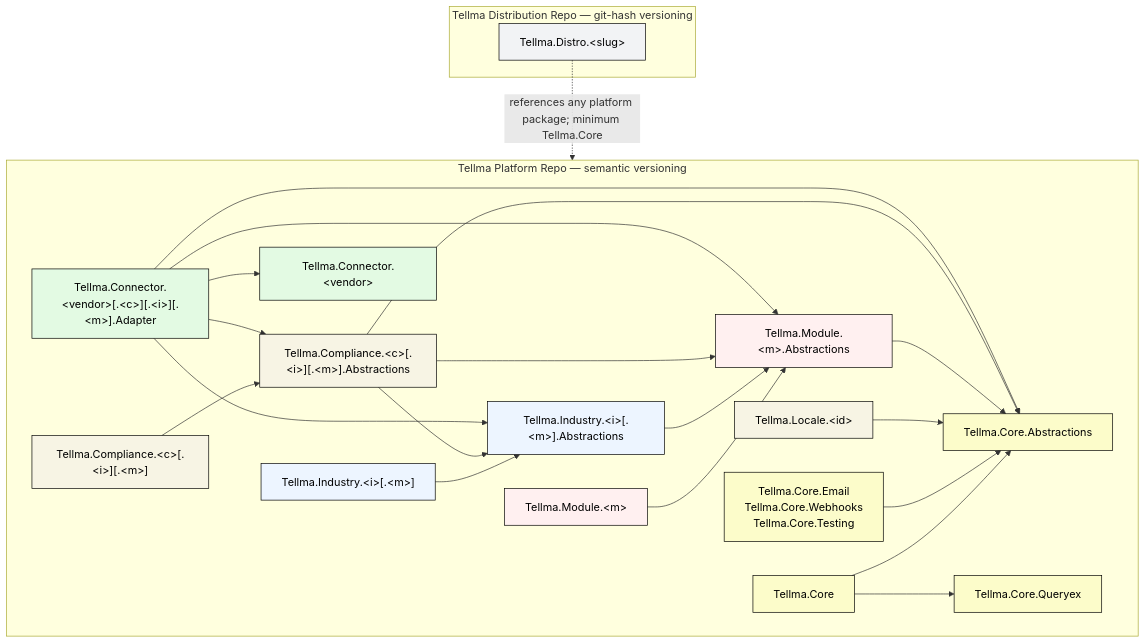
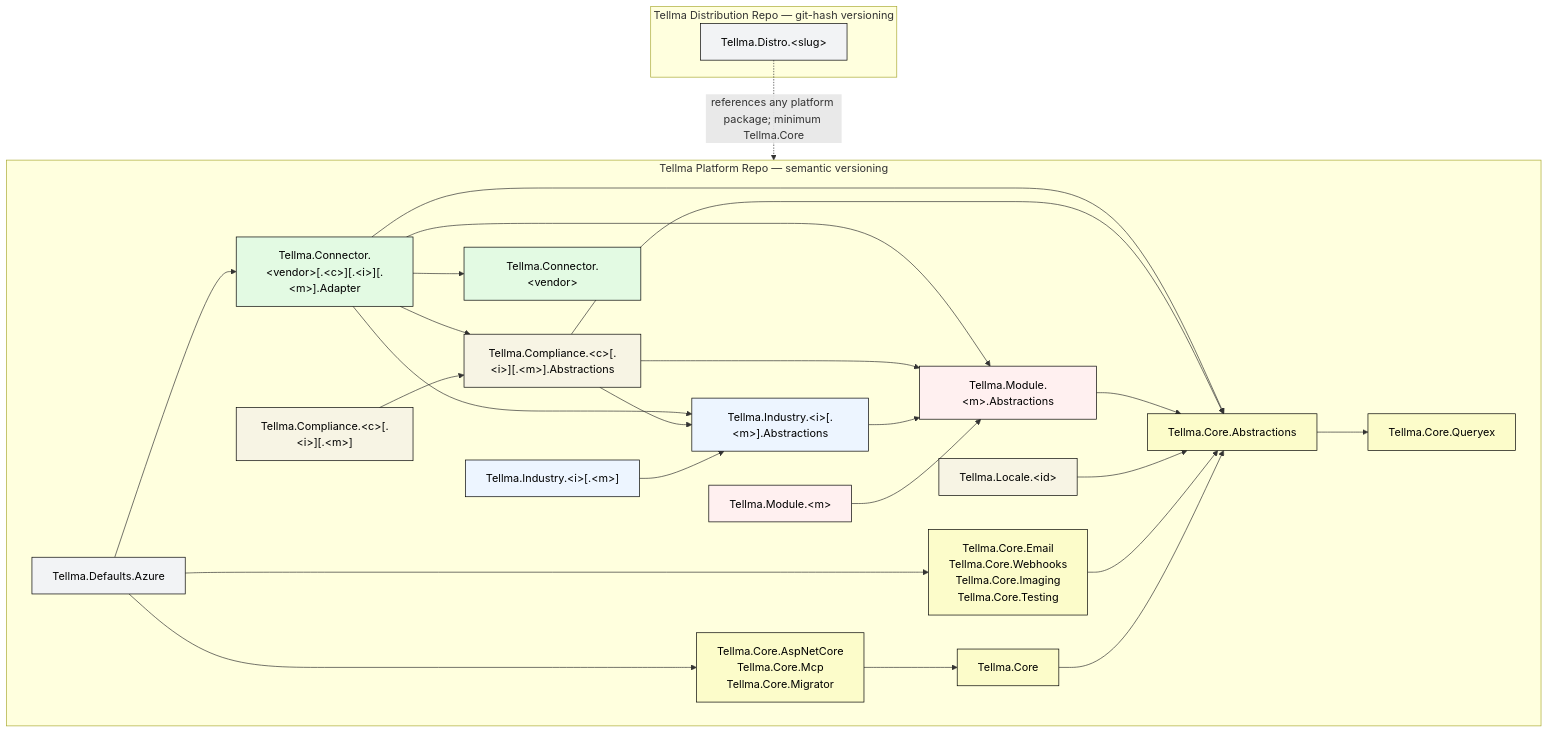
One commit to tellma-ltd/tellma-platform changed the second of 5 diagrams in ARCHITECTURE.md. Above: the diagram before and after it, drawn with Mermaid. The commit also changed other lines of this file and 12 other files, not shown here.

````diff
--- a/ARCHITECTURE.md
+++ b/ARCHITECTURE.md
@@ -331,50 +357,56 @@
 ```mermaid
 flowchart TB
     classDef core fill:#fcfcca,stroke:#000,color:#000
     classDef module fill:#fff0f0,stroke:#000,color:#000
     classDef locale fill:#f7f4e4,stroke:#000,color:#000
     classDef industry fill:#edf5ff,stroke:#000,color:#000
     classDef compliance fill:#f7f4e4,stroke:#000,color:#000
     classDef connector fill:#e3fae3,stroke:#000,color:#000
     classDef distro fill:#f2f3f5,stroke:#000,color:#000
 
     subgraph PLATFORM["Tellma Platform Repo — semantic versioning"]
         CoreAbs["Tellma.Core.Abstractions"]:::core
         Core["Tellma.Core"]:::core
-        CoreOptional["Tellma.Core.Email<br/>Tellma.Core.Webhooks<br/>Tellma.Core.Testing"]:::core
+        CoreAdapters["Tellma.Core.AspNetCore<br/>Tellma.Core.Mcp<br/>Tellma.Core.Migrator"]:::core
+        CoreOptional["Tellma.Core.Email<br/>Tellma.Core.Webhooks<br/>Tellma.Core.Imaging<br/>Tellma.Core.Testing"]:::core
         Queryex["Tellma.Core.Queryex"]:::core
         ModuleAbs["Tellma.Module.&lt;m&gt;.Abstractions"]:::module
         Module["Tellma.Module.&lt;m&gt;"]:::module
         Locale["Tellma.Locale.&lt;id&gt;"]:::locale
         IndustryAbs["Tellma.Industry.&lt;i&gt;[.&lt;m&gt;].Abstractions"]:::industry
         Industry["Tellma.Industry.&lt;i&gt;[.&lt;m&gt;]"]:::industry
         ComplianceAbs["Tellma.Compliance.&lt;c&gt;[.&lt;i&gt;][.&lt;m&gt;].Abstractions"]:::compliance
         Compliance["Tellma.Compliance.&lt;c&gt;[.&lt;i&gt;][.&lt;m&gt;]"]:::compliance
         Connector["Tellma.Connector.&lt;vendor&gt;"]:::connector
         Adapter["Tellma.Connector.&lt;vendor&gt;[.&lt;c&gt;][.&lt;i&gt;][.&lt;m&gt;].Adapter"]:::connector
+        Defaults["Tellma.Defaults.Azure"]:::distro
 
         Core --> CoreAbs
-        Core --> Queryex
+        CoreAbs --> Queryex
+        CoreAdapters --> Core
         CoreOptional --> CoreAbs
         Locale --> CoreAbs
         Module --> ModuleAbs
         ModuleAbs --> CoreAbs
         Industry --> IndustryAbs
         IndustryAbs --> ModuleAbs
         Compliance --> ComplianceAbs
         ComplianceAbs --> CoreAbs
         ComplianceAbs --> ModuleAbs
         ComplianceAbs --> IndustryAbs
         Adapter --> Connector
         Adapter --> CoreAbs
         Adapter --> ModuleAbs
         Adapter --> IndustryAbs
         Adapter --> ComplianceAbs
+        Defaults --> CoreAdapters
+        Defaults --> CoreOptional
+        Defaults --> Adapter
     end
 
     subgraph DIST["Tellma Distribution Repo — git-hash versioning"]
         Distro["Tellma.Distro.&lt;slug&gt;"]:::distro
     end
 
     Distro -.->|references any platform package; minimum Tellma.Core| PLATFORM
 ```
````
